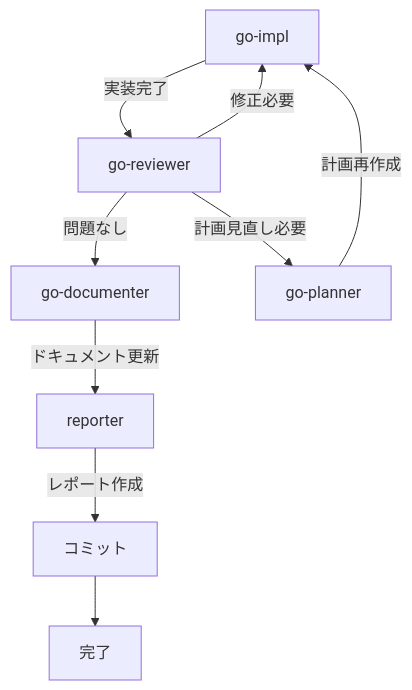
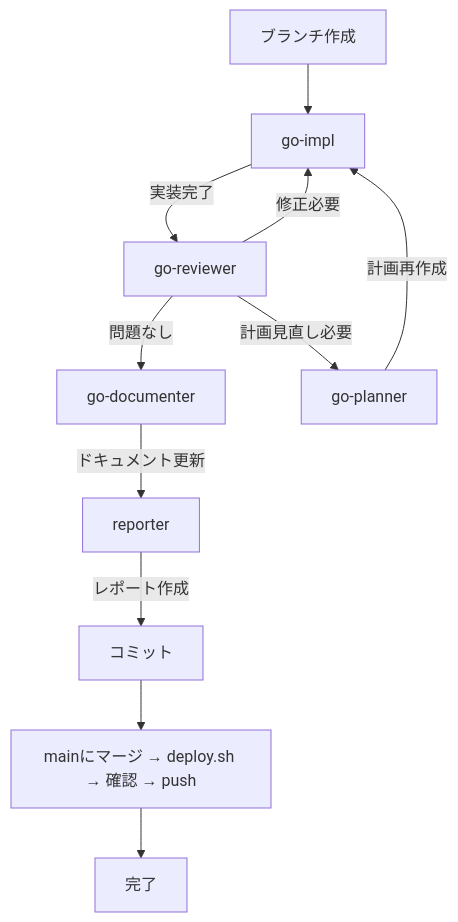
One commit to nyan-tama/Ghostrunner changed the diagram in .claude/commands/go.md. Above: the diagram before and after it, drawn with Mermaid. The commit also changed other lines of this file and 6 other files, not shown here.

````diff
--- a/.claude/commands/go.md
+++ b/.claude/commands/go.md
@@ -7,11 +7,13 @@
 ```mermaid
 flowchart TD
-    A[go-impl] -->|実装完了| B[go-reviewer]
+    Start[ブランチ作成] --> A[go-impl]
+    A -->|実装完了| B[go-reviewer]
     B -->|問題なし| C[go-documenter]
     B -->|修正必要| A
     B -->|計画見直し必要| D[go-planner]
     D -->|計画再作成| A
     C -->|ドキュメント更新| E[reporter]
     E -->|レポート作成| F[コミット]
-    F --> G[完了]
+    F --> N[mainにマージ → deploy.sh → 確認 → push]
+    N --> G[完了]
 ```
````
